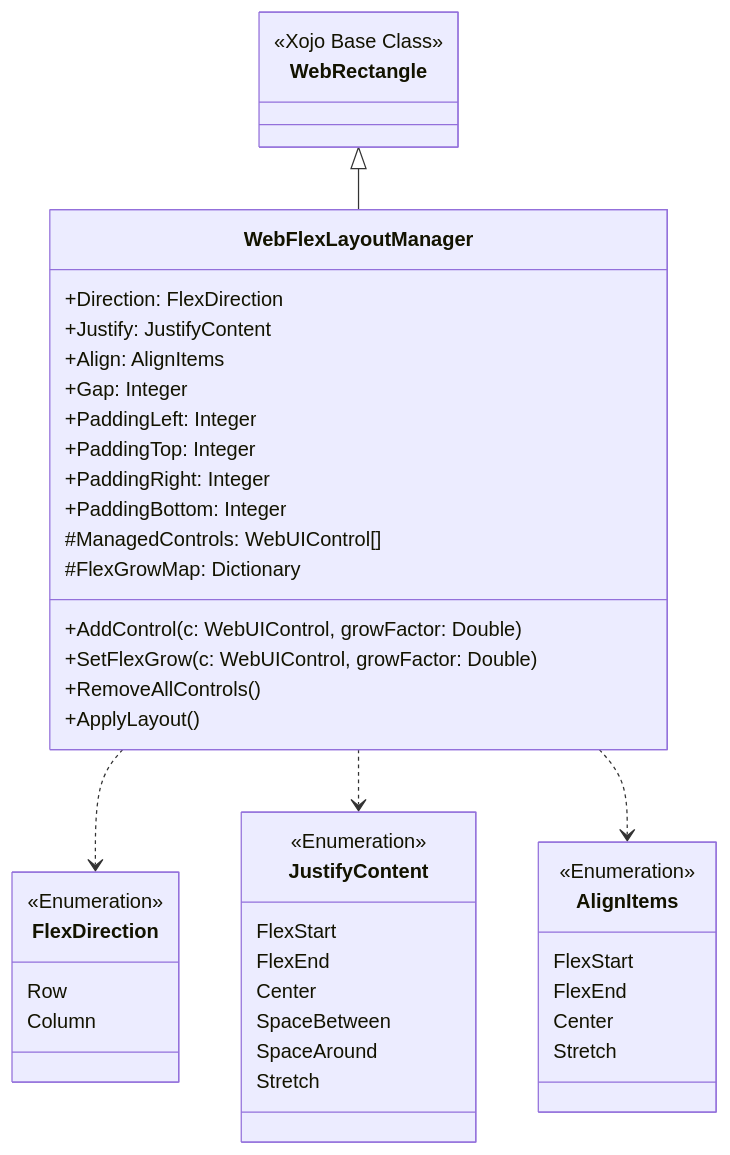
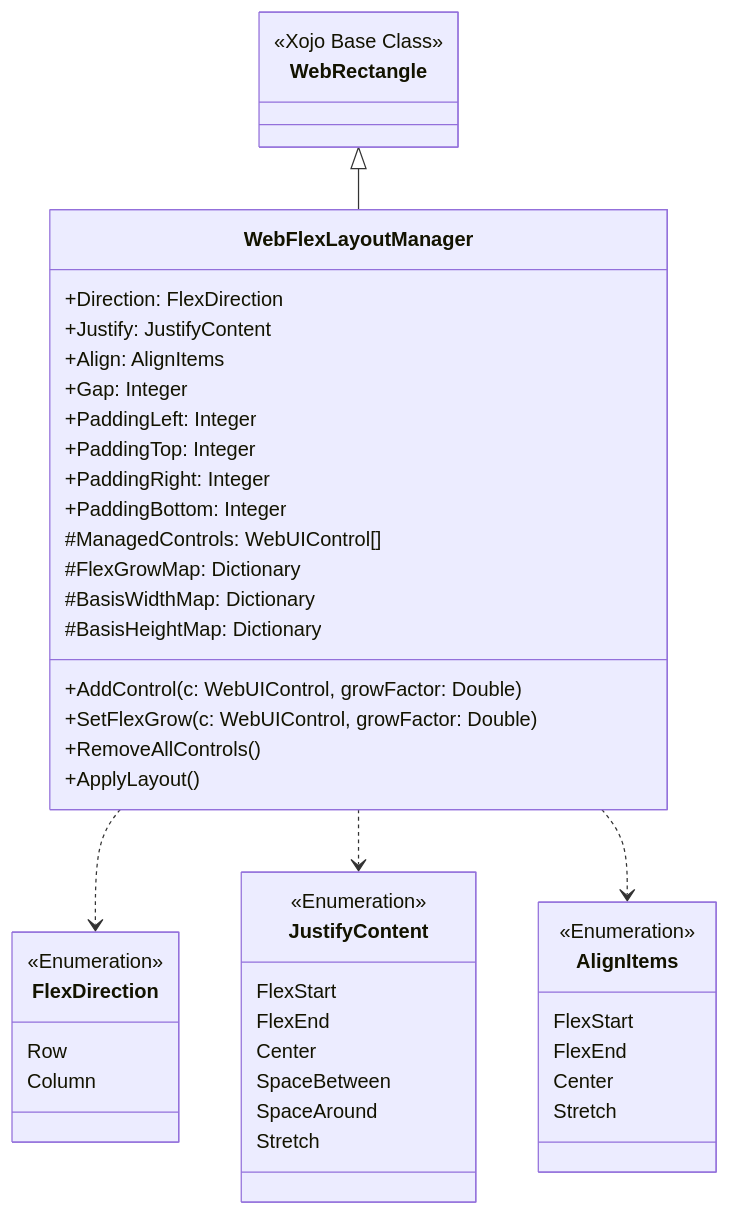
The first of 3 diagrams in docs/WebFlexLayoutManager.md (Jedt3D/xojo-web-layout-manager), drawn with Mermaid before and after one commit. The commit also changed other lines of this file and 4 other files, not shown here.

````diff
--- a/docs/WebFlexLayoutManager.md
+++ b/docs/WebFlexLayoutManager.md
@@ -42,49 +42,51 @@
 ```mermaid
 classDiagram
     class WebRectangle {
         <<Xojo Base Class>>
     }
     class WebFlexLayoutManager {
         +Direction: FlexDirection
         +Justify: JustifyContent
         +Align: AlignItems
         +Gap: Integer
         +PaddingLeft: Integer
         +PaddingTop: Integer
         +PaddingRight: Integer
         +PaddingBottom: Integer
         #ManagedControls: WebUIControl[]
         #FlexGrowMap: Dictionary
+        #BasisWidthMap: Dictionary
+        #BasisHeightMap: Dictionary
         +AddControl(c: WebUIControl, growFactor: Double)
         +SetFlexGrow(c: WebUIControl, growFactor: Double)
         +RemoveAllControls()
         +ApplyLayout()
     }
     WebRectangle <|-- WebFlexLayoutManager
 
     class FlexDirection {
         <<Enumeration>>
         Row
         Column
     }
     class JustifyContent {
         <<Enumeration>>
         FlexStart
         FlexEnd
         Center
         SpaceBetween
         SpaceAround
         Stretch
     }
     class AlignItems {
         <<Enumeration>>
         FlexStart
         FlexEnd
         Center
         Stretch
     }
     
     WebFlexLayoutManager ..> FlexDirection
     WebFlexLayoutManager ..> JustifyContent
     WebFlexLayoutManager ..> AlignItems
 ```
````
